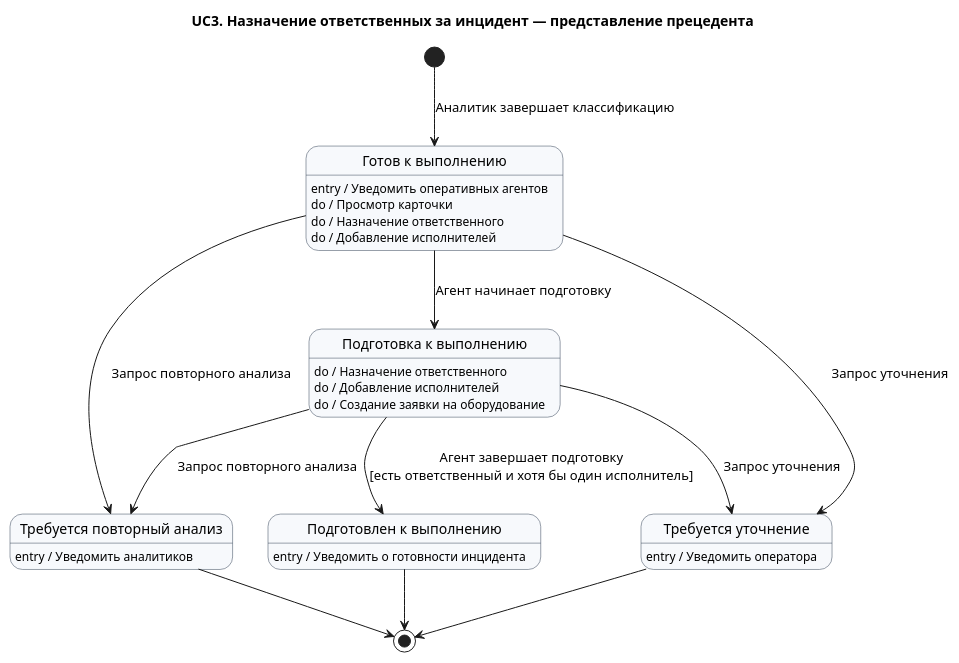
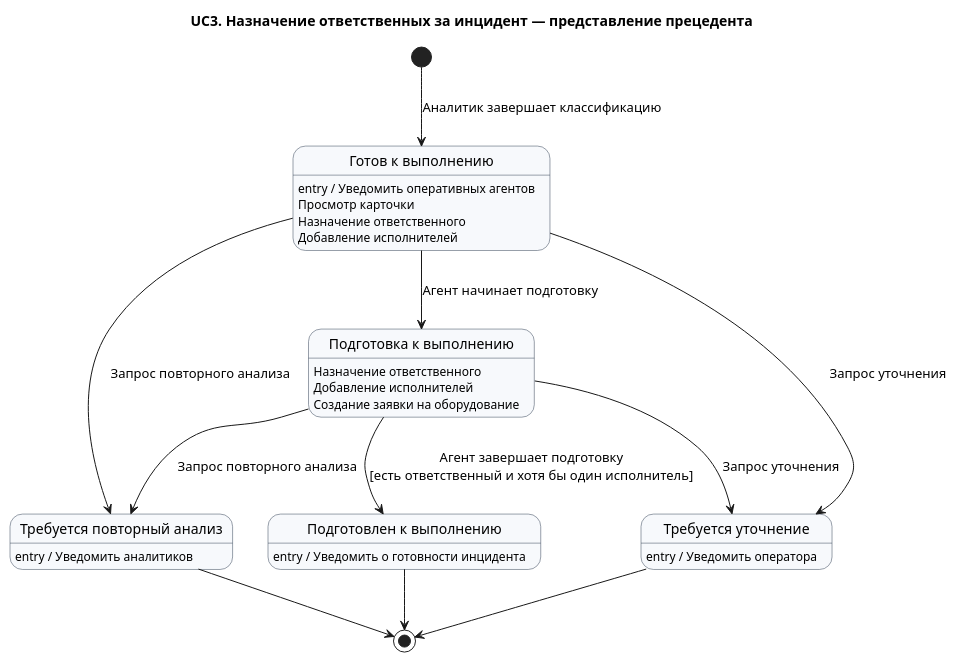
The first of 3 diagrams in docs/state-machine/UC3.md (Andryss/AIMS), drawn with PlantUML before and after one commit. The commit also changed other lines of this file, not shown here.

````diff
--- a/docs/state-machine/UC3.md
+++ b/docs/state-machine/UC3.md
@@ -3,44 +3,44 @@
 ```plantuml
 @startuml aims_uc3_state_machine_use_case_view
 title UC3. Назначение ответственных за инцидент — представление прецедента
 scale max 3800 width
 
 skinparam shadowing false
 skinparam state {
   BackgroundColor #F7F9FC
   BorderColor #334155
   StartColor #166534
   EndColor #991B1B
 }
 
 state "Готов к выполнению" as Ready
 state "Подготовка к выполнению" as Preparation
 state "Подготовлен к выполнению" as Prepared
 state "Требуется уточнение" as Clarification
 state "Требуется повторный анализ" as Reanalysis
 
 Ready : entry / Уведомить оперативных агентов
-Ready : do / Просмотр карточки
-Ready : do / Назначение ответственного
-Ready : do / Добавление исполнителей
-Preparation : do / Назначение ответственного
-Preparation : do / Добавление исполнителей
-Preparation : do / Создание заявки на оборудование
+Ready : Просмотр карточки
+Ready : Назначение ответственного
+Ready : Добавление исполнителей
+Preparation : Назначение ответственного
+Preparation : Добавление исполнителей
+Preparation : Создание заявки на оборудование
 Prepared : entry / Уведомить о готовности инцидента
 Clarification : entry / Уведомить оператора
 Reanalysis : entry / Уведомить аналитиков
 
 [*] --> Ready : Аналитик завершает классификацию
 Ready --> Preparation : Агент начинает подготовку
 Preparation --> Prepared : Агент завершает подготовку\n[есть ответственный и хотя бы один исполнитель]
 
 Ready --> Clarification : Запрос уточнения
 Ready --> Reanalysis : Запрос повторного анализа
 Preparation --> Clarification : Запрос уточнения
 Preparation --> Reanalysis : Запрос повторного анализа
 
 Prepared --> [*]
 Clarification --> [*]
 Reanalysis --> [*]
 @enduml
 ```
````
